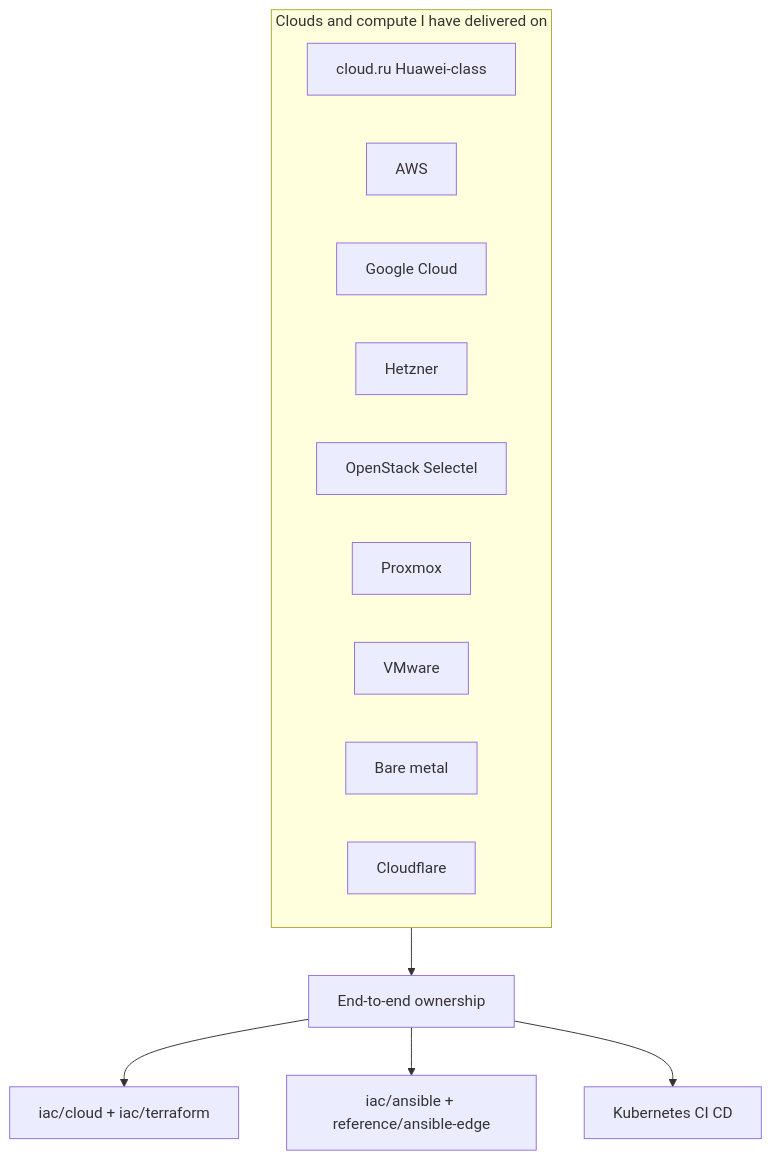
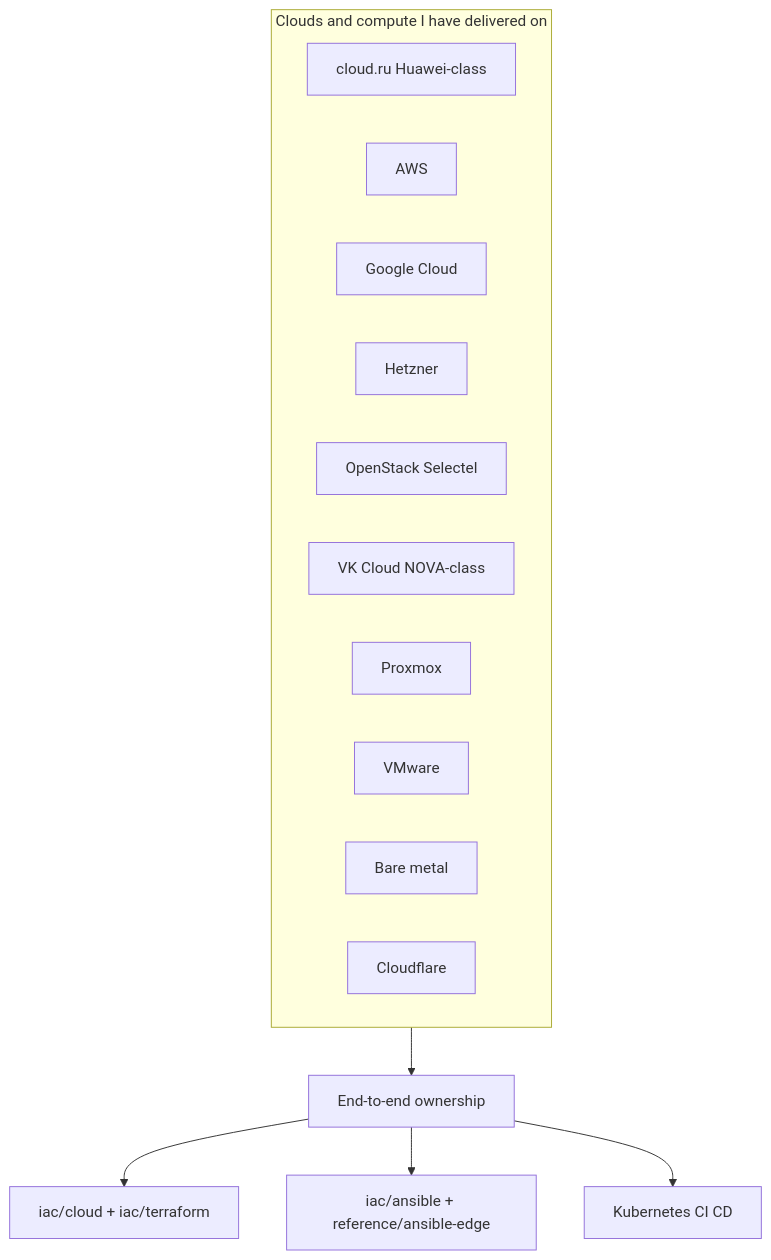
The first of 4 diagrams in README.md (NarberallGamma/narberall-platform-engineer-lab), drawn with Mermaid before and after one commit. The commit also changed other lines of this file and 35 other files, not shown here.

First line of the commit message:
Add sanitized VK Cloud brownfield slice, education, and NOVA Cloud class note.

````diff
--- a/README.md
+++ b/README.md
@@ -61,18 +64,19 @@
 ```mermaid
 flowchart TB
   subgraph clouds [Clouds and compute I have delivered on]
     CR[cloud.ru Huawei-class]
     AWS[AWS]
     GCP[Google Cloud]
     HZ[Hetzner]
     OS[OpenStack Selectel]
+    VK[VK Cloud NOVA-class]
     PX[Proxmox]
     VM[VMware]
     BM[Bare metal]
     CF[Cloudflare]
   end
   clouds --> Own[End-to-end ownership]
   Own --> IaC[iac/cloud + iac/terraform]
   Own --> ANS[iac/ansible + reference/ansible-edge]
   Own --> K8s[Kubernetes CI CD]
 ```
````
